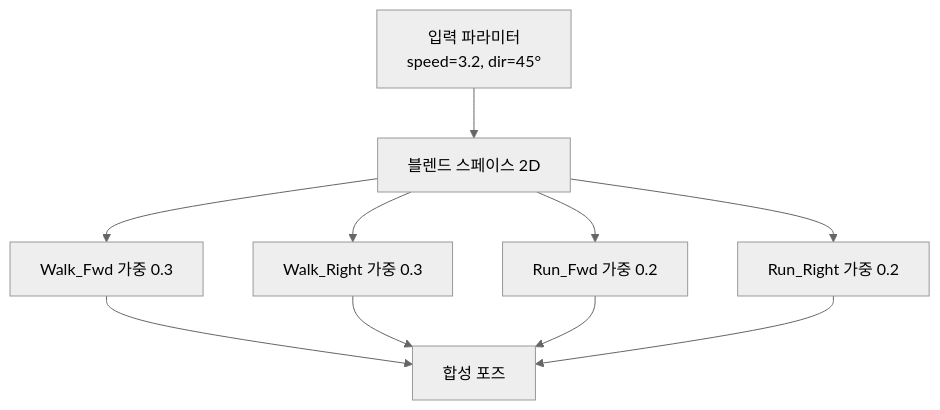
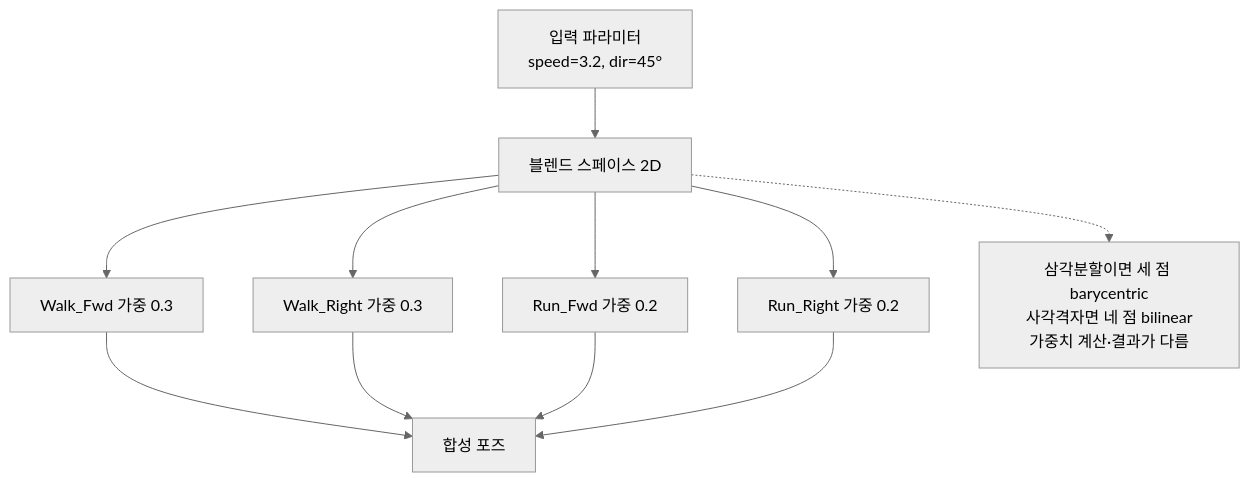
Before and after one commit to Rein-ArXiv/game-dev-curriculum: the second of 6 diagrams in engine/part02_animation.md, drawn with Mermaid (neutral theme). The commit also changed other lines of this file and 279 other files, not shown here.

````diff
--- a/engine/part02_animation.md
+++ b/engine/part02_animation.md
@@ -313,12 +325,12 @@
 ```mermaid
 flowchart TB
     P[입력 파라미터<br/>speed=3.2, dir=45°] --> S[블렌드 스페이스 2D]
     S --> W1[Walk_Fwd 가중 0.3]
     S --> W2[Walk_Right 가중 0.3]
     S --> R1[Run_Fwd 가중 0.2]
     S --> R2[Run_Right 가중 0.2]
     W1 --> Out[합성 포즈]
     W2 --> Out
     R1 --> Out
-    R2 --> Out
+    R2 --> Out; S -.-> Note15[삼각분할이면 세 점 barycentric<br/>사각격자면 네 점 bilinear<br/>가중치 계산·결과가 다름]
 ```
````
